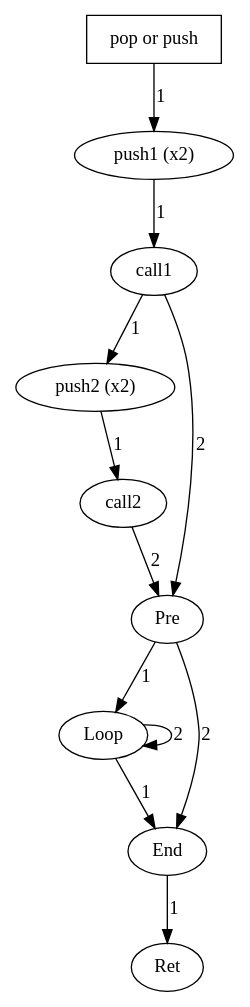
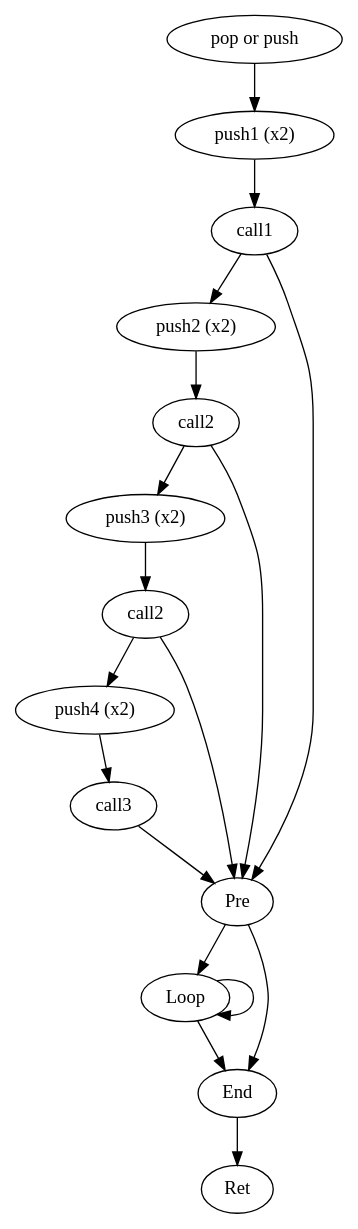
The diagram in examples/backspace_call_push.dot (AirbusCyber/grap), drawn with Graphviz before and after one commit. The commit also changed 2 other files, not shown here.

```diff
--- a/examples/backspace_call_push.dot
+++ b/examples/backspace_call_push.dot
@@ -1,26 +1,37 @@
 digraph push_calls{
-0 [label="pop or push", shape=box, cond="inst regex '^p(op|ush).*'"]
+0 [label="pop or push", cond="opcode is pop or opcode is push"]
 A [label="push1 (x2)", cond="opcode is push", repeat=2]
 B [label="call1", cond="opcode is call"]
-C [label="push2 (x2)", condition="opcode is push", minrepeat=2, maxrepeat=2]
-D [label="call2", cond="instruction beginswith call"]
+C [label="push2 (x2)", cond="opcode is push", repeat=2]
+D [label="call2", cond="opcode is call"]
+E [label="push3 (x2)", cond="opcode is push", repeat=2]
+F [label="call2", cond="opcode is call"]
+G [label="push4 (x2)", cond="opcode is push", repeat=2]
+H [label="call3", cond="opcode is call"]
+
 
 Pre [label="Pre", cond=true, maxrepeat=4]
 Loop [label="Loop", cond=true, minrepeat=3, maxrepeat=12, getid="loop"]
 End [label="End", cond=true, minrepeat=0, maxrepeat=2, lazyrepeat=true]
 Ret[label="Ret", cond="opcode beginswith ret"]
 
-0 -> A [label=1, childnumber=1]
-A -> B [label=1, childnumber=1]
-B -> C [label=1, childnumber=1]
-C -> D [label=1, childnumber=1]
+0 -> A
+A -> B
+B -> C
+C -> D
+D -> E
+E -> F
+F -> G
+G -> H
 
-B -> Pre [label=2, childnumber=2]
-D -> Pre [label=2, childnumber=2]
+B -> Pre [childnumber=2]
+D -> Pre [childnumber=2]
+F -> Pre [childnumber=2]
+H -> Pre [childnumber=2]
 
-Pre -> Loop [label=1, childnumber=1]
-Pre -> End [label=2, childnumber=2]
-Loop -> End [label=1, childnumber=1]
-Loop -> Loop [label=2, childnumber=2]
-End -> Ret [label=1, childnumber=1]
+Pre -> Loop [childnumber=1]
+Pre -> End [childnumber=2]
+Loop -> End [childnumber=1]
+Loop -> Loop [childnumber=2]
+End -> Ret
 }
```
